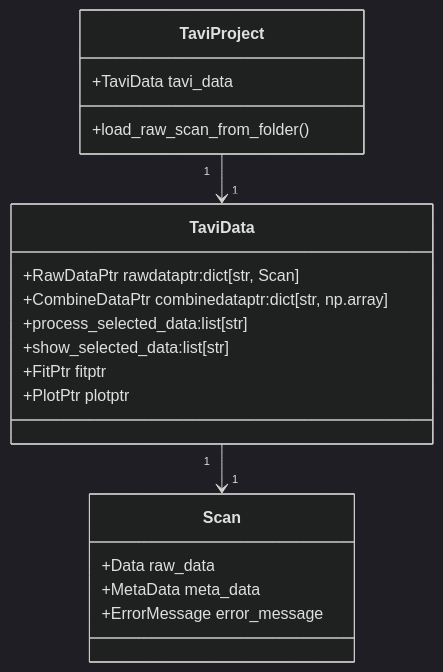
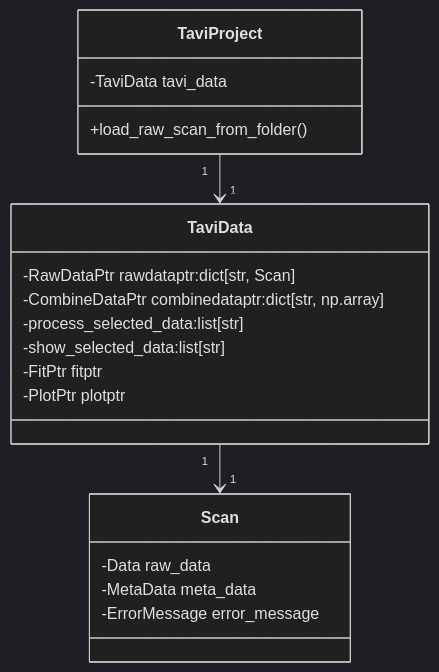
One commit to neutrons/TAVI changed the first of 6 diagrams in docs/source/design/taviclasses.rst. Above: the diagram before and after it, drawn with Mermaid (dark theme). The commit also changed other lines of this file, not shown here.

```diff
--- a/docs/source/design/taviclasses.rst
+++ b/docs/source/design/taviclasses.rst
@@ -16,26 +16,26 @@
 .. mermaid::
 
  classDiagram
     TaviProject "1" -->"1" TaviData
     TaviData "1" --> "1" Scan
 
     class TaviProject{
-        +TaviData tavi_data
+        -TaviData tavi_data
         +load_raw_scan_from_folder()
     }
 
 
     class TaviData{
-        +RawDataPtr rawdataptr:dict[str, Scan]
-        +CombineDataPtr combinedataptr:dict[str, np.array]
-        +process_selected_data:list[str]
-        +show_selected_data:list[str]
-        +FitPtr fitptr
-        +PlotPtr plotptr
+        -RawDataPtr rawdataptr:dict[str, Scan]
+        -CombineDataPtr combinedataptr:dict[str, np.array]
+        -process_selected_data:list[str]
+        -show_selected_data:list[str]
+        -FitPtr fitptr
+        -PlotPtr plotptr
     }
 
     class Scan{
-        +Data raw_data
-        +MetaData meta_data
-        +ErrorMessage error_message
+        -Data raw_data
+        -MetaData meta_data
+        -ErrorMessage error_message
     }
```
